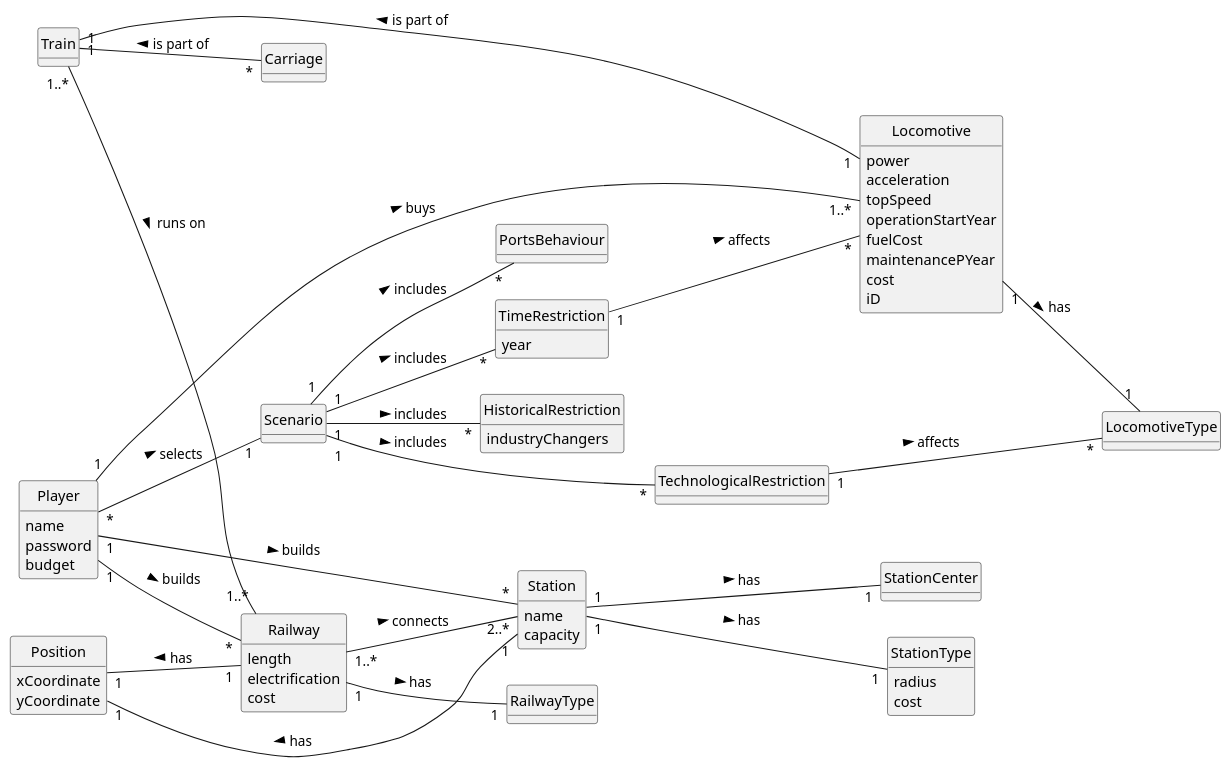
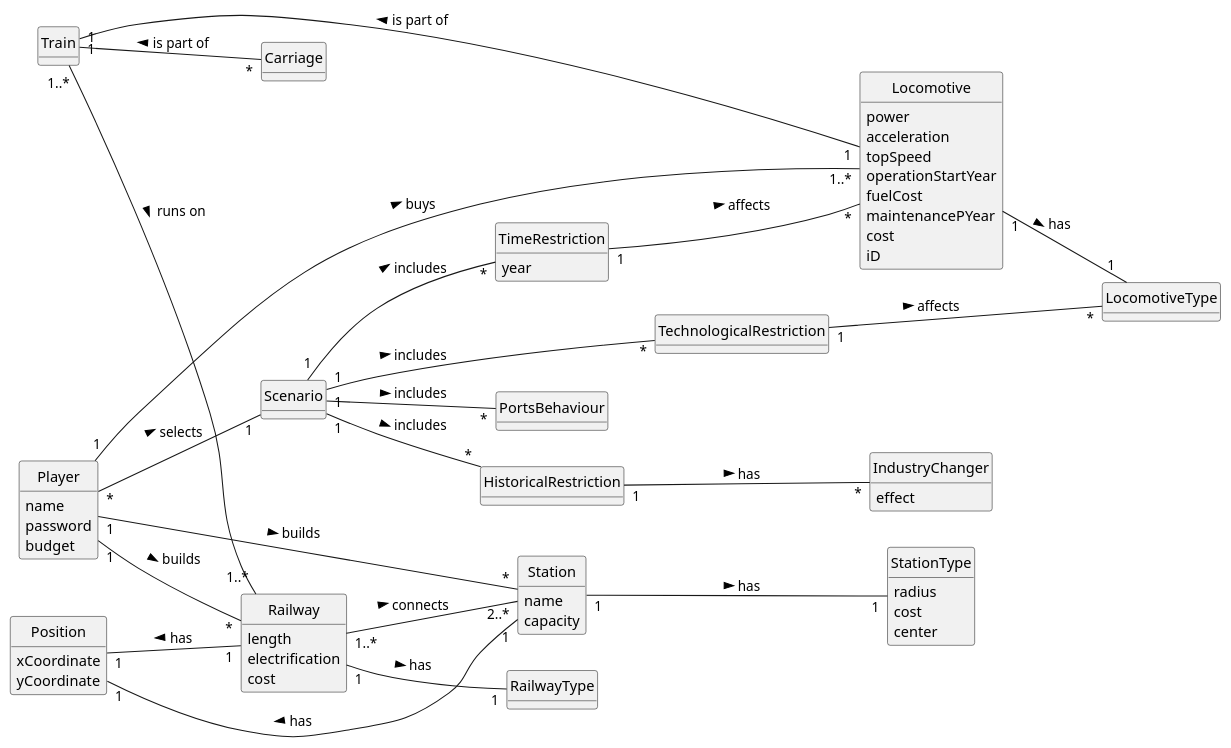
One commit to 1240935/pi2-railway-simulator changed the diagram in Sprint2/US013/02.analysis/puml/US013-DM.puml. Above: the diagram before and after it, drawn with PlantUML. The commit also changed 39 other files, not shown here.

```diff
--- a/Sprint2/US013/02.analysis/puml/US013-DM.puml
+++ b/Sprint2/US013/02.analysis/puml/US013-DM.puml
@@ -1,108 +1,109 @@
 @startuml
 skinparam monochrome true
 skinparam packageStyle rectangle
 skinparam shadowing false
 'skinparam linetype ortho
 'left to right direction
 skinparam classAttributeIconSize 0
 hide circle
 hide methods
 
 left to right direction
 
 class Player {
     name
     password
     budget
 }
 
 class Locomotive {
     power
     acceleration
     topSpeed
     operationStartYear
     fuelCost
     maintenancePYear
     cost
     iD
 }
 
 class LocomotiveType{
 }
 
 class Station {
     name
     capacity
 }
 
-class StationCenter{
-}
-
 class StationType{
     radius
     cost
+    center
 }
 
 class Railway{
     length
     electrification
     cost
 }
 
 class RailwayType{
 }
 
 class Position{
     xCoordinate
     yCoordinate
 }
 
 class Train {
 }
 
 class Carriage{
 }
 
 class HistoricalRestriction{
-    industryChangers
 }
 
 class TimeRestriction{
     year
 }
 
 class TechnologicalRestriction{
 }
 
 class PortsBehaviour{
+}
+
+class IndustryChanger{
+    effect
 }
 
 Player "*" -- "1" Scenario : selects >
 Player "1" -- "*" Station : builds >
 Player "1" -- "*" Railway : builds >
 Player "1" -- "1..*" Locomotive : buys >
 
 Scenario "1" -- "*" HistoricalRestriction: includes >
 Scenario "1" -- "*" TechnologicalRestriction: includes >
 Scenario "1" -- "*" TimeRestriction: includes >
 Scenario "1" -- "*" PortsBehaviour: includes >
 
 TimeRestriction "1" -- "*" Locomotive: affects >
 TechnologicalRestriction "1" -- "*" LocomotiveType: affects >
+HistoricalRestriction "1" -- "*" IndustryChanger: has >
 
 Position "1" -- "1" Station: has <
 Position "1" -- "1" Railway: has <
 
 Station "1" -- "1" StationType: has >
-Station "1" -- "1" StationCenter: has >
 
 Locomotive "1" -- "1" LocomotiveType: has >
 
 Railway "1..*" -- "2..*" Station : connects >
 Railway "1" -- "1" RailwayType: has >
 
 Train "1" -- "1" Locomotive: is part of <
 Train "1" -- "*" Carriage: is part of <
 Train "1..*" -- "1..*" Railway: runs on >
 
 @enduml
```
